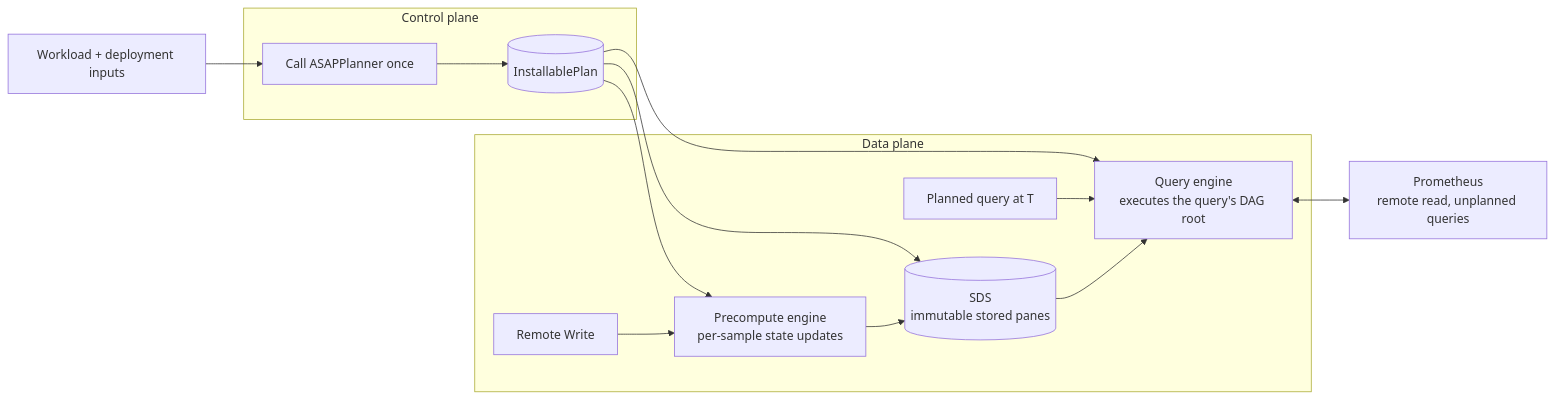
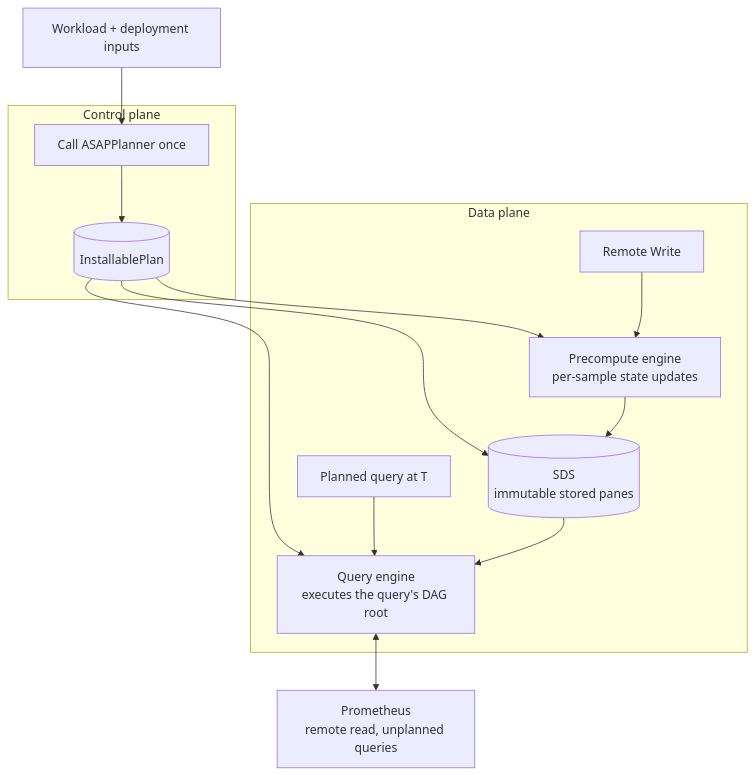
The diagram in docs/design/backend-on-planner-physical-dag.md (ProjectASAP/ASAPQuery-backend), drawn with Mermaid before and after one commit.

Commit message:
docs: place control plane above data plane

````diff
--- a/docs/design/backend-on-planner-physical-dag.md
+++ b/docs/design/backend-on-planner-physical-dag.md
@@ -11,17 +11,17 @@
 ```mermaid
-flowchart LR
+flowchart TB
   W[Workload + deployment inputs] --> PL
   subgraph CP[Control plane]
     PL[Call ASAPPlanner once] --> P[(InstallablePlan)]
   end
   P --> PE
   P --> QE
   P --> SDS
   subgraph DP[Data plane]
     RW[Remote Write] --> PE[Precompute engine<br/>per-sample state updates]
     PE --> SDS[(SDS<br/>immutable stored panes)]
     Q[Planned query at T] --> QE[Query engine<br/>executes the query's DAG root]
     SDS --> QE
   end
   QE <--> PROM[Prometheus<br/>remote read, unplanned queries]
 ```
````
